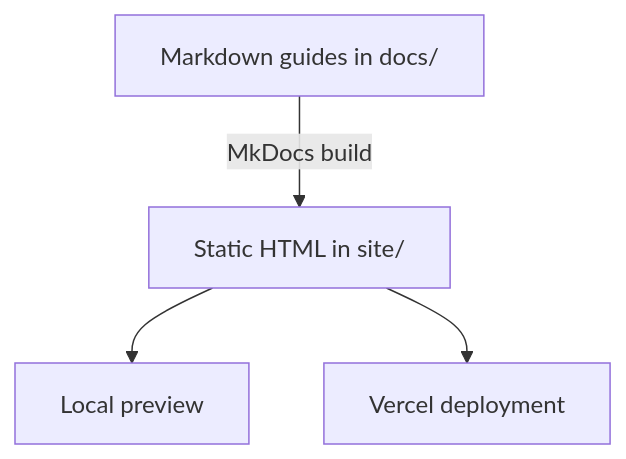
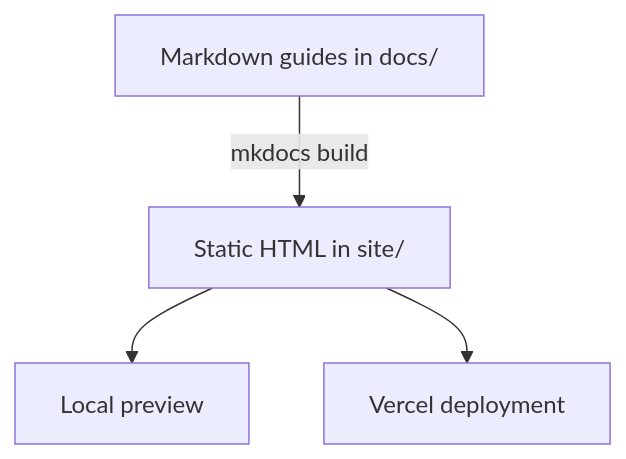
One commit to CaSauCoin/wireframe-docs changed the diagram in README.md. Above: the diagram before and after it, drawn with Mermaid. The commit also changed other lines of this file and 49 other files, not shown here.

````diff
--- a/README.md
+++ b/README.md
@@ -9,6 +5,6 @@
 ```mermaid
 flowchart TD
-    A[Markdown guides in docs/] -->|MkDocs build| B[Static HTML in site/]
+    A[Markdown guides in docs/] -->|mkdocs build| B[Static HTML in site/]
     B --> C[Local preview]
     B --> D[Vercel deployment]
 ```
````
